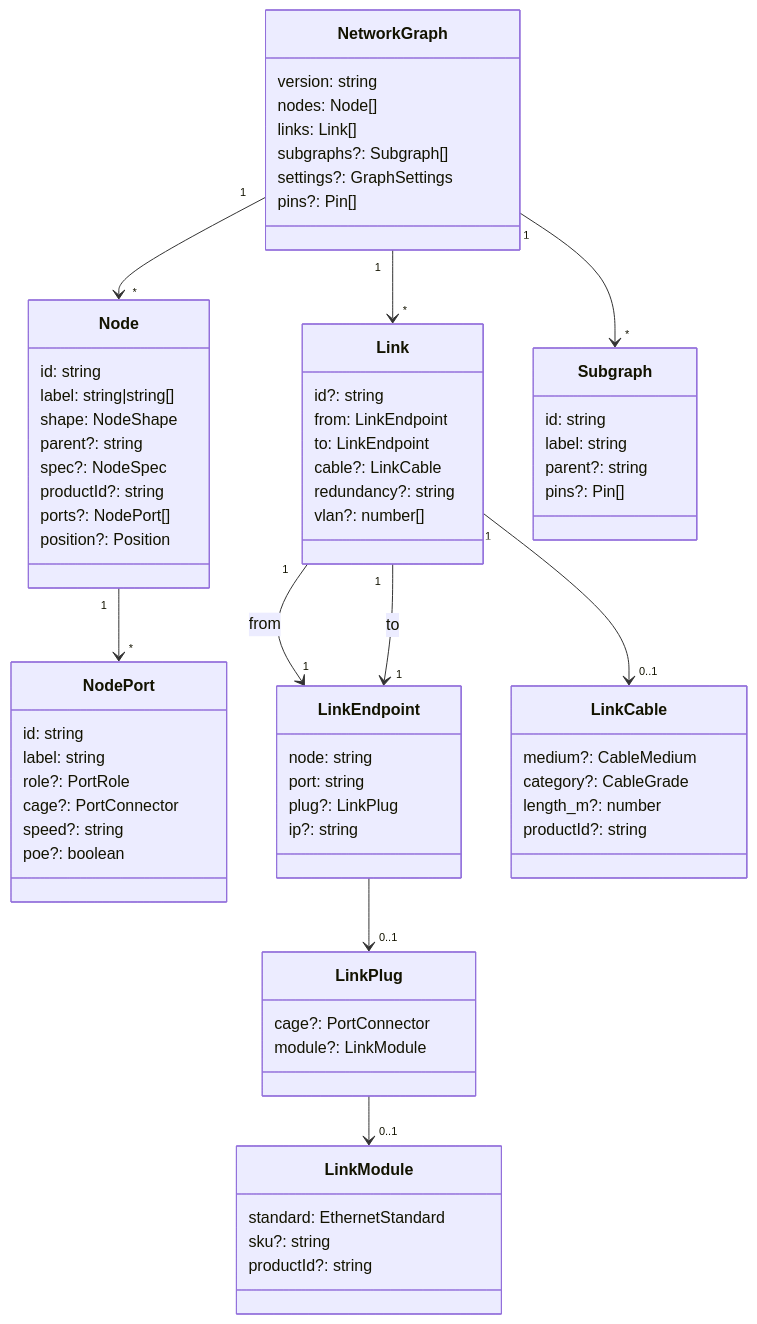
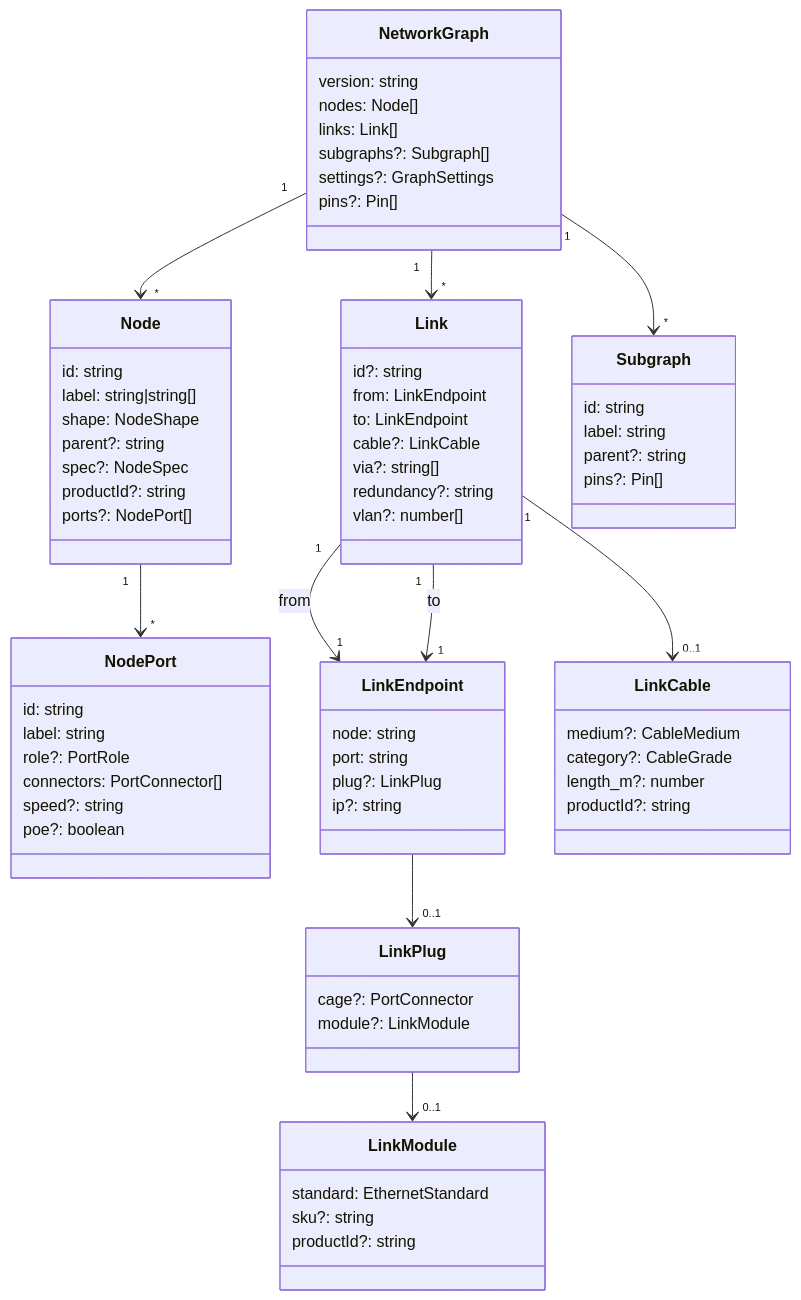
Before and after one commit to konoe-akitoshi/shumoku: the second of 4 diagrams in apps/editor/docs/design/data-model.md, drawn with Mermaid. The commit also changed other lines of this file and 115 other files, not shown here.

````diff
--- a/apps/editor/docs/design/data-model.md
+++ b/apps/editor/docs/design/data-model.md
@@ -46,82 +49,82 @@
 ```mermaid
 classDiagram
   class NetworkGraph {
     version: string
     nodes: Node[]
     links: Link[]
     subgraphs?: Subgraph[]
     settings?: GraphSettings
     pins?: Pin[]
   }
 
   class Node {
     id: string
     label: string|string[]
     shape: NodeShape
     parent?: string
     spec?: NodeSpec
     productId?: string
     ports?: NodePort[]
-    position?: Position
   }
 
   class NodePort {
     id: string
     label: string
     role?: PortRole
-    cage?: PortConnector
+    connectors: PortConnector[]
     speed?: string
     poe?: boolean
   }
 
   class Link {
     id?: string
     from: LinkEndpoint
     to: LinkEndpoint
     cable?: LinkCable
+    via?: string[]
     redundancy?: string
     vlan?: number[]
   }
 
   class LinkEndpoint {
     node: string
     port: string
     plug?: LinkPlug
     ip?: string
   }
 
   class LinkPlug {
     cage?: PortConnector
     module?: LinkModule
   }
 
   class LinkModule {
     standard: EthernetStandard
     sku?: string
     productId?: string
   }
 
   class LinkCable {
     medium?: CableMedium
     category?: CableGrade
     length_m?: number
     productId?: string
   }
 
   class Subgraph {
     id: string
     label: string
     parent?: string
     pins?: Pin[]
   }
 
   NetworkGraph "1" --> "*" Node
   NetworkGraph "1" --> "*" Link
   NetworkGraph "1" --> "*" Subgraph
   Node "1" --> "*" NodePort
   Link "1" --> "1" LinkEndpoint : from
   Link "1" --> "1" LinkEndpoint : to
   Link "1" --> "0..1" LinkCable
   LinkEndpoint --> "0..1" LinkPlug
   LinkPlug --> "0..1" LinkModule
 ```
````
